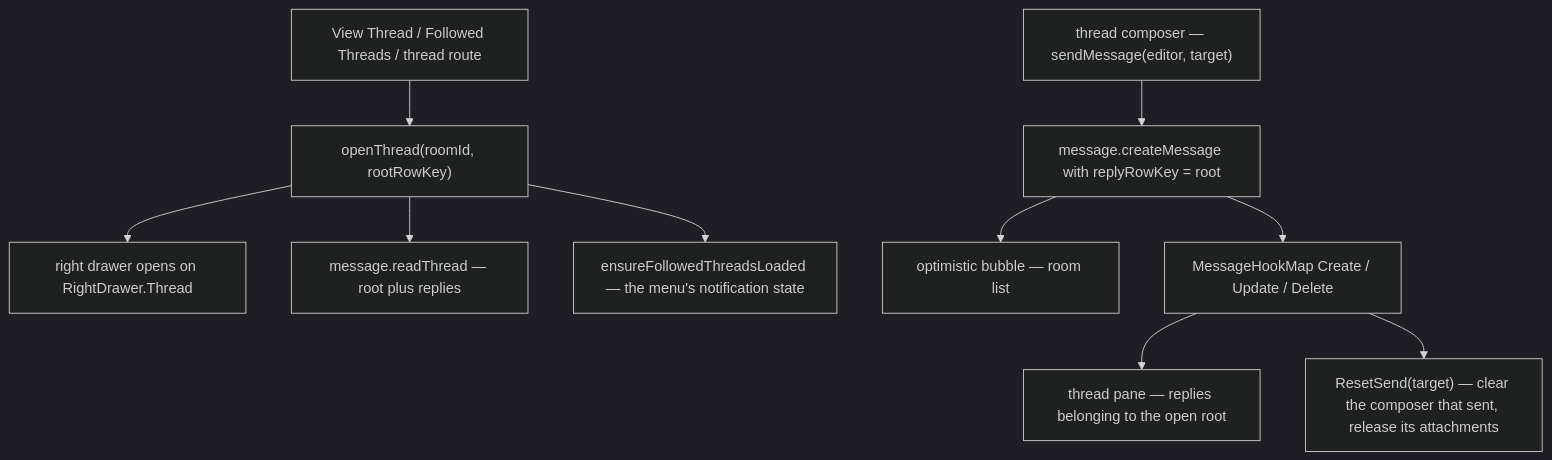
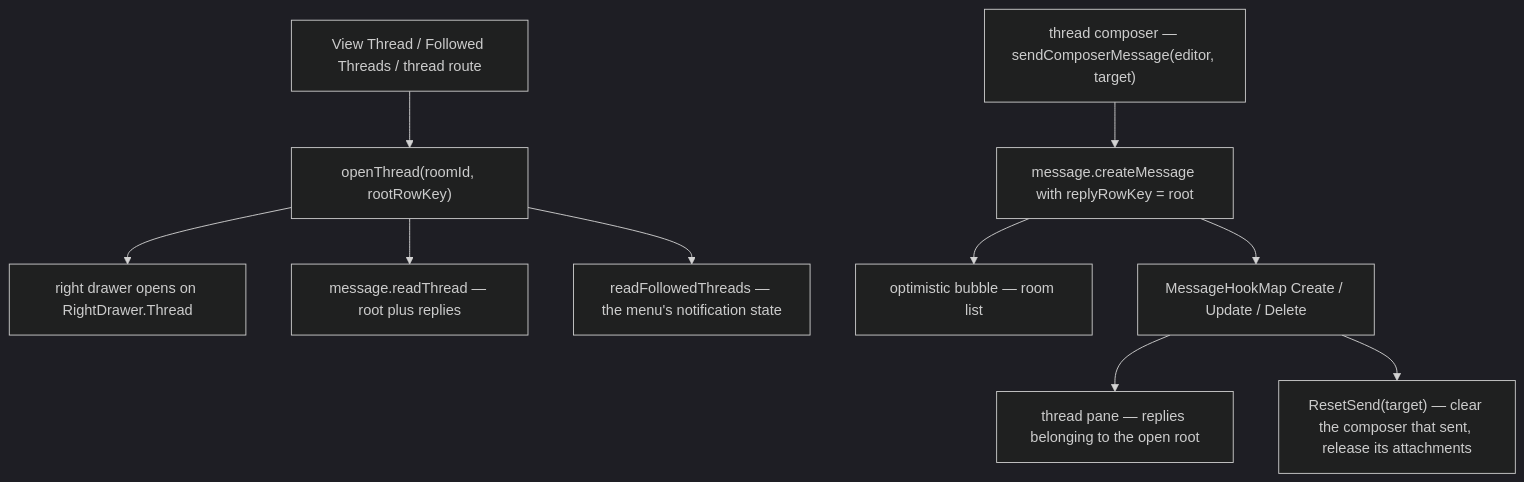
The diagram in packages/app/content/docs/esbabbler/threads.md (Esposter/Esposter), drawn with Mermaid (dark theme) before and after one commit. The commit also changed 25 other files, not shown here.

First line of the commit message:
refactor: sweep the message store root files against the naming conventions

````diff
--- a/packages/app/content/docs/esbabbler/threads.md
+++ b/packages/app/content/docs/esbabbler/threads.md
@@ -18,12 +18,12 @@
 ```mermaid
 flowchart TD
   V["View Thread / Followed Threads / thread route"] --> O["openThread(roomId, rootRowKey)"]
   O --> D["right drawer opens on RightDrawer.Thread"]
   O --> R["message.readThread — root plus replies"]
-  O --> F["ensureFollowedThreadsLoaded — the menu's notification state"]
-  C["thread composer — sendMessage(editor, target)"] --> M["message.createMessage with replyRowKey = root"]
+  O --> F["readFollowedThreads — the menu's notification state"]
+  C["thread composer — sendComposerMessage(editor, target)"] --> M["message.createMessage with replyRowKey = root"]
   M --> B["optimistic bubble — room list"]
   M --> HK["MessageHookMap Create / Update / Delete"]
   HK --> P["thread pane — replies belonging to the open root"]
   HK --> RS["ResetSend(target) — clear the composer that sent, release its attachments"]
 ```
````
